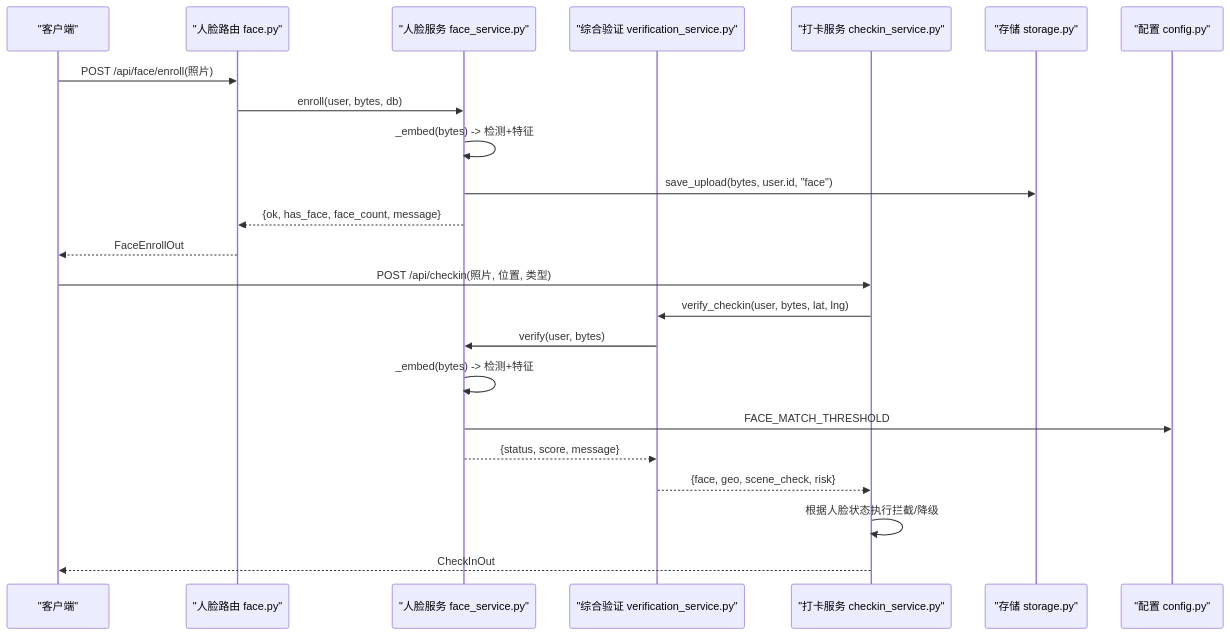
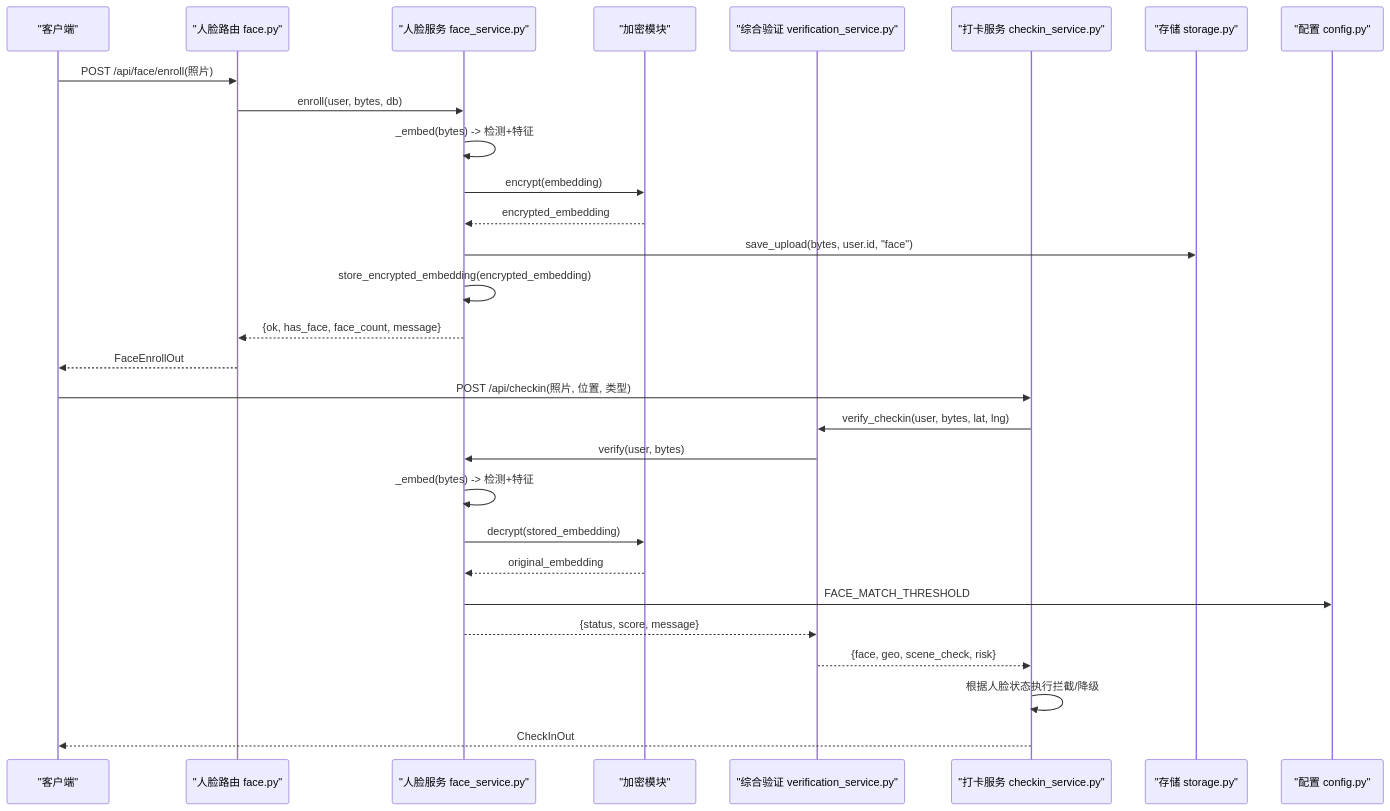
One commit to onebody/homework changed the second of 5 diagrams in .qoder/repowiki/zh/content/暑假作业打卡系统/核心业务功能/人脸识别系统.md. Above: the diagram before and after it, drawn with Mermaid. The commit also changed other lines of this file and 14 other files, not shown here.

````diff
--- a/.qoder/repowiki/zh/content/暑假作业打卡系统/核心业务功能/人脸识别系统.md
+++ b/.qoder/repowiki/zh/content/暑假作业打卡系统/核心业务功能/人脸识别系统.md
@@ -141,25 +154,31 @@
 ```mermaid
 sequenceDiagram
 participant Client as "客户端"
 participant Router as "人脸路由 face.py"
 participant Service as "人脸服务 face_service.py"
+participant Crypto as "加密模块"
 participant Verify as "综合验证 verification_service.py"
 participant Checkin as "打卡服务 checkin_service.py"
 participant Storage as "存储 storage.py"
 participant Config as "配置 config.py"
 Client->>Router : POST /api/face/enroll(照片)
 Router->>Service : enroll(user, bytes, db)
 Service->>Service : _embed(bytes) -> 检测+特征
+Service->>Crypto : encrypt(embedding)
+Crypto-->>Service : encrypted_embedding
 Service->>Storage : save_upload(bytes, user.id, "face")
+Service->>Service : store_encrypted_embedding(encrypted_embedding)
 Service-->>Router : {ok, has_face, face_count, message}
 Router-->>Client : FaceEnrollOut
 Client->>Checkin : POST /api/checkin(照片, 位置, 类型)
 Checkin->>Verify : verify_checkin(user, bytes, lat, lng)
 Verify->>Service : verify(user, bytes)
 Service->>Service : _embed(bytes) -> 检测+特征
+Service->>Crypto : decrypt(stored_embedding)
+Crypto-->>Service : original_embedding
 Service->>Config : FACE_MATCH_THRESHOLD
 Service-->>Verify : {status, score, message}
 Verify-->>Checkin : {face, geo, scene_check, risk}
 Checkin->>Checkin : 根据人脸状态执行拦截/降级
 Checkin-->>Client : CheckInOut
 ```
````
